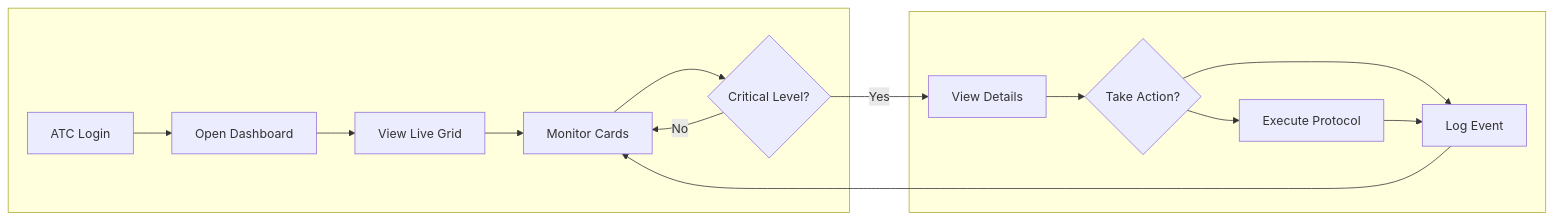
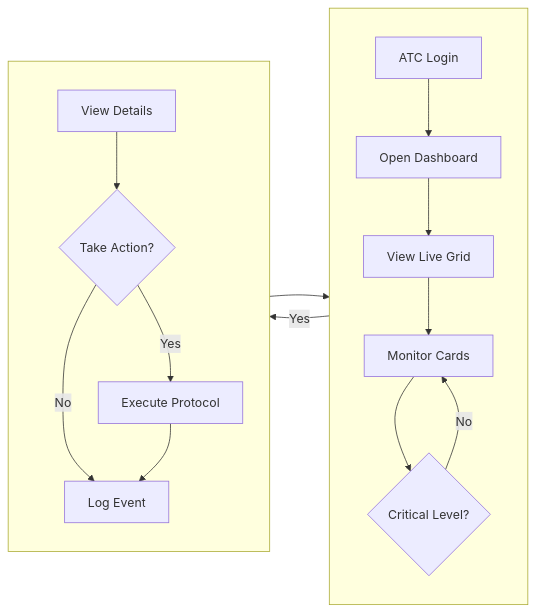
One commit to RoundRobinHood/cogniflight-cloud changed the fifth of 10 diagrams in docs/SEN3781_Assignment4_Information_Architecture_Report.md. Above: the diagram before and after it, drawn with Mermaid. The commit also changed other lines of this file, not shown here.

Commit message:
improved diagram readability

````diff
--- a/docs/SEN3781_Assignment4_Information_Architecture_Report.md
+++ b/docs/SEN3781_Assignment4_Information_Architecture_Report.md
@@ -256,15 +271,20 @@
 ```mermaid
 flowchart LR
     subgraph row1[" "]
-        A[ATC Login] --> B[Open Dashboard] --> C[View Live Grid] --> D[Monitor Cards]
+        direction TB
+        A[ATC Login] --> B[Open Dashboard]
+        B --> C[View Live Grid]
+        C --> D[Monitor Cards]
         D --> E{Critical Level?}
     end
     subgraph row2[" "]
-        F[View Details] --> G{Take Action?} --> H[Execute Protocol]
-        G --> I[Log Event]
+        direction TB
+        F[View Details] --> G{Take Action?}
+        G -->|Yes| H[Execute Protocol]
+        G -->|No| I[Log Event]
+        H --> I
     end
     E -->|Yes| F
     E -->|No| D
-    H --> I
     I --> D
 ```
````
